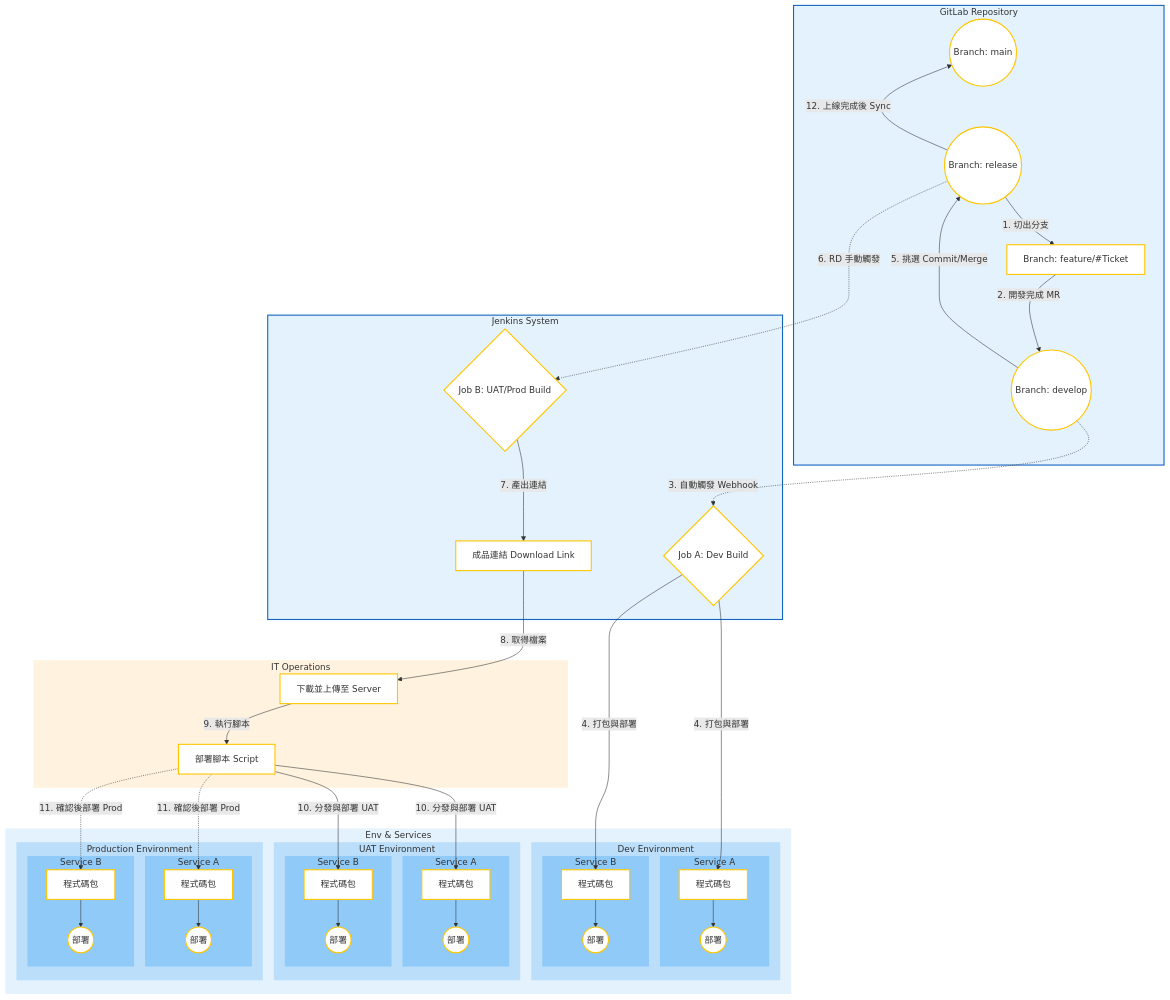
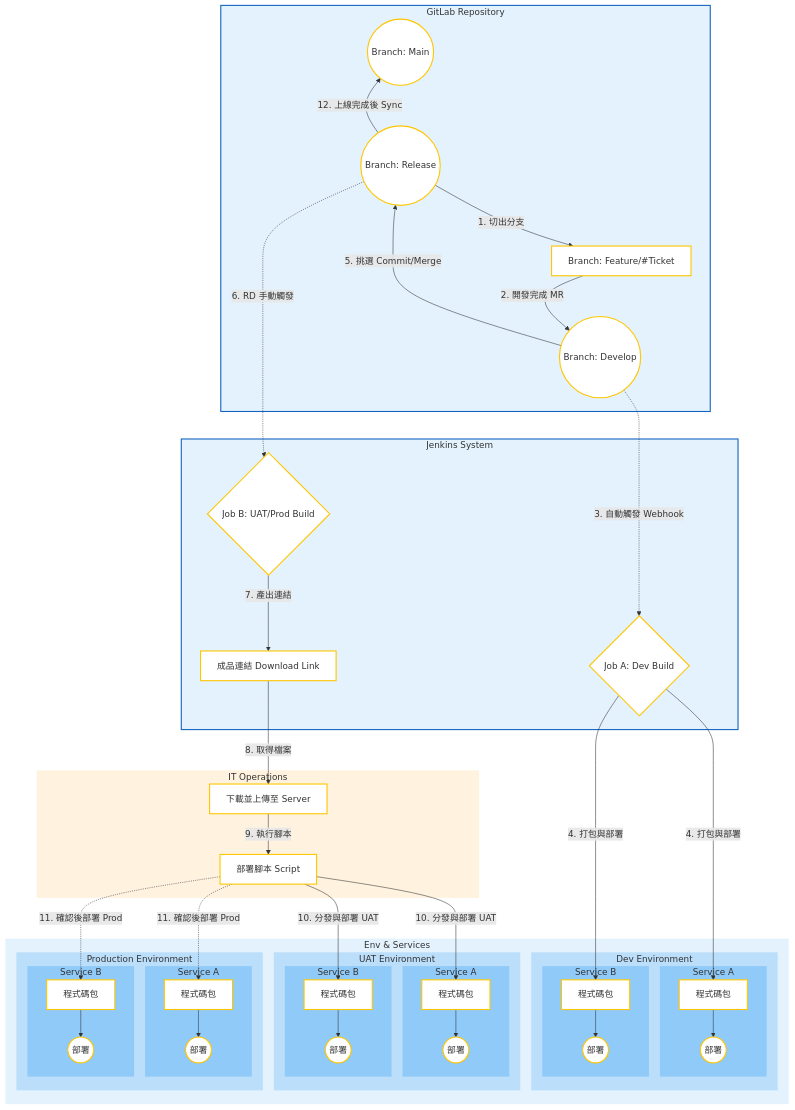
One commit to almightyken0425/KnowledgeVault changed the second of 2 diagrams in SIT/ReleaseWorkFlow.md. Above: the diagram before and after it, drawn with Mermaid.

```diff
--- a/SIT/ReleaseWorkFlow.md
+++ b/SIT/ReleaseWorkFlow.md
@@ -57,12 +57,10 @@
 
     %% 節點定義
     subgraph Git_Repo [GitLab Repository]
-        Main((Branch: main)):::branch
-        Release((Branch: release)):::branch
-        Develop((Branch: develop)):::branch
-        Feature[Branch: feature/#Ticket]:::branch
-
-        Main ~~~ Release ~~~ Feature ~~~ Develop
+        Main((Branch: Main)):::branch
+        Release((Branch: Release)):::branch
+        Develop((Branch: Develop)):::branch
+        Feature[Branch: Feature/#Ticket]:::branch
     end
 
     subgraph CI_CD [Jenkins System]
@@ -115,6 +113,9 @@
         end
     end
 
+    Main ~~~ Release ~~~ Feature ~~~ Develop
+    Develop ~~~ JobB
+
     %% 流程線
     Release -->|1. 切出分支| Feature
     Feature -->|2. 開發完成 MR| Develop
@@ -136,17 +137,7 @@
 
     Release -->|12. 上線完成後 Sync| Main
 
-    %% 佈局調整用隱藏線 Layout Helpers
-    %% 強制將 Jenkins (CI_CD) 推到 Git (Git_Repo) 下方
-    Release ~~~ JobB
-    Develop ~~~ JobA
-    
-    %% 強制將 IT Operations (ManualUpload) 推到 Jenkins 下方
-    JobB ~~~ ManualUpload
-    Artifact ~~~ ManualUpload
-    
-    %% 強制 Environments 位於最下方
-    ManualUpload ~~~ DevPkgA
+
 
     %% Subgraph Styles
     %% Level 1: Lightest Blue
```
